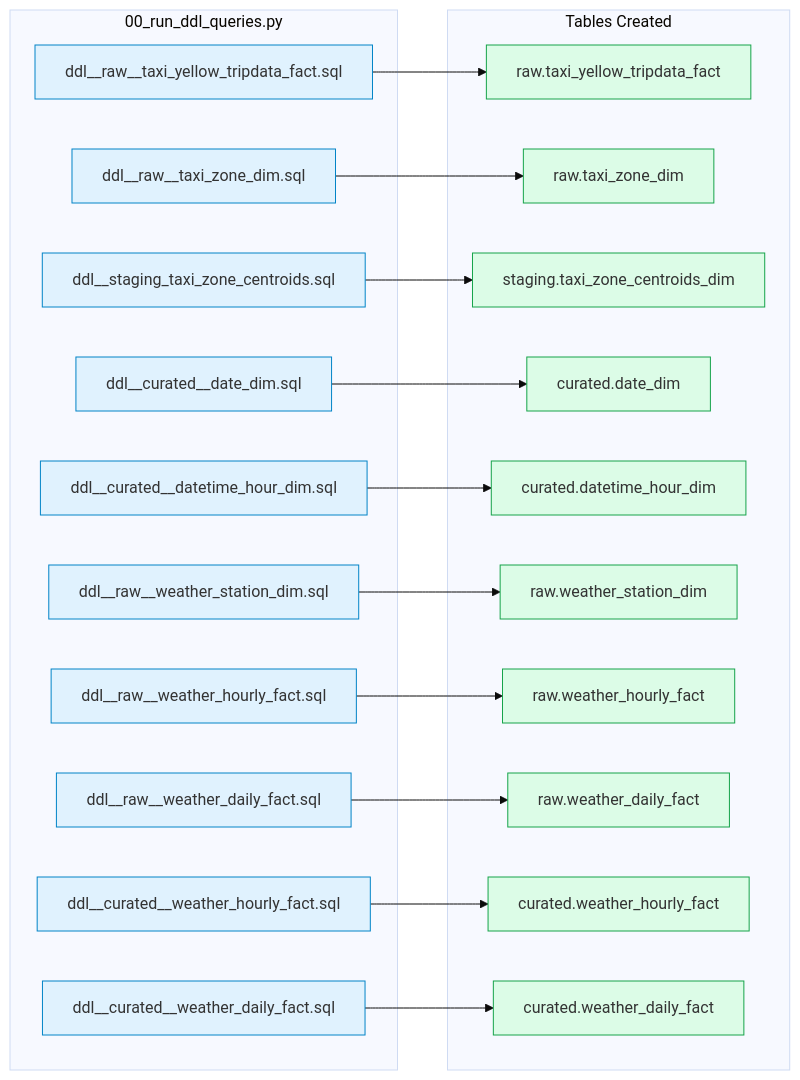
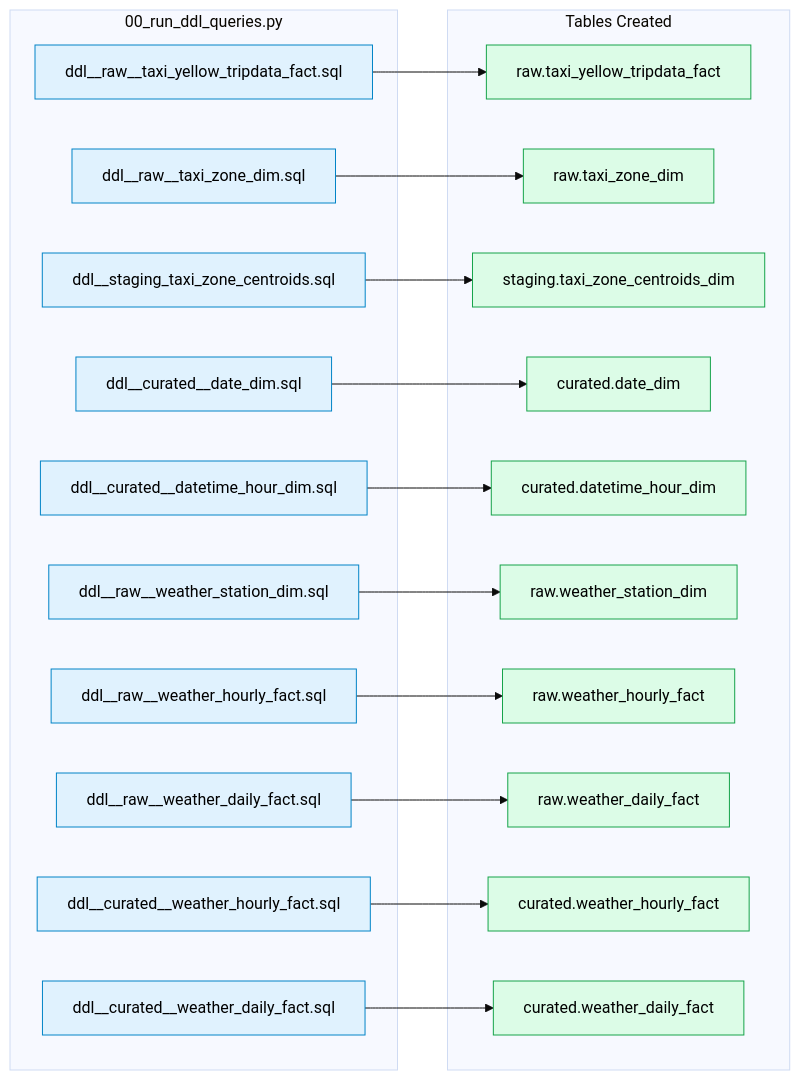
Before and after one commit to betsyhcamp/nyc_taxi: the first of 5 diagrams in local/README.md, drawn with Mermaid (base theme). The commit also changed other lines of this file, not shown here.

````diff
--- a/local/README.md
+++ b/local/README.md
@@ -184,42 +186,42 @@
 ```mermaid
 flowchart LR
-    classDef script fill:#e0f2fe,stroke:#0284c7
-    classDef table fill:#dcfce7,stroke:#16a34a
+    classDef script fill:#e0f2fe,stroke:#0284c7,color:#000
+    classDef table fill:#dcfce7,stroke:#16a34a,color:#000
 
     subgraph scripts_0 [00_run_ddl_queries.py]
         ddl1[ddl__raw__taxi_yellow_tripdata_fact.sql]:::script
         ddl2[ddl__raw__taxi_zone_dim.sql]:::script
         ddl3[ddl__staging_taxi_zone_centroids.sql]:::script
         ddl4[ddl__curated__date_dim.sql]:::script
         ddl5[ddl__curated__datetime_hour_dim.sql]:::script
         ddl6[ddl__raw__weather_station_dim.sql]:::script
         ddl7[ddl__raw__weather_hourly_fact.sql]:::script
         ddl8[ddl__raw__weather_daily_fact.sql]:::script
         ddl9[ddl__curated__weather_hourly_fact.sql]:::script
         ddl10[ddl__curated__weather_daily_fact.sql]:::script
     end
 
     subgraph tables_0 [Tables Created]
         raw_taxi[raw.taxi_yellow_tripdata_fact]:::table
         raw_zone[raw.taxi_zone_dim]:::table
         stg_centroid[staging.taxi_zone_centroids_dim]:::table
         cur_date[curated.date_dim]:::table
         cur_hour[curated.datetime_hour_dim]:::table
         raw_station[raw.weather_station_dim]:::table
         raw_whourly[raw.weather_hourly_fact]:::table
         raw_wdaily[raw.weather_daily_fact]:::table
         cur_whourly[curated.weather_hourly_fact]:::table
         cur_wdaily[curated.weather_daily_fact]:::table
     end
 
     ddl1 --> raw_taxi
     ddl2 --> raw_zone
     ddl3 --> stg_centroid
     ddl4 --> cur_date
     ddl5 --> cur_hour
     ddl6 --> raw_station
     ddl7 --> raw_whourly
     ddl8 --> raw_wdaily
     ddl9 --> cur_whourly
     ddl10 --> cur_wdaily
 ```
````
